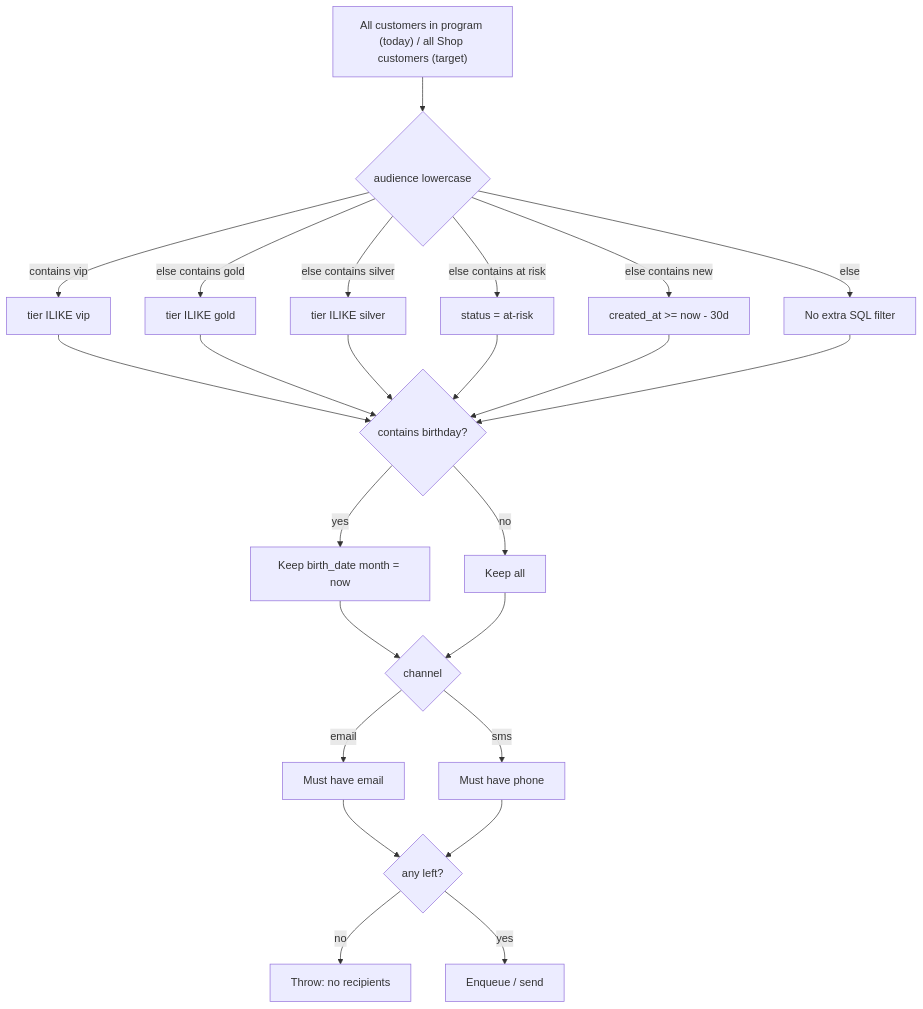
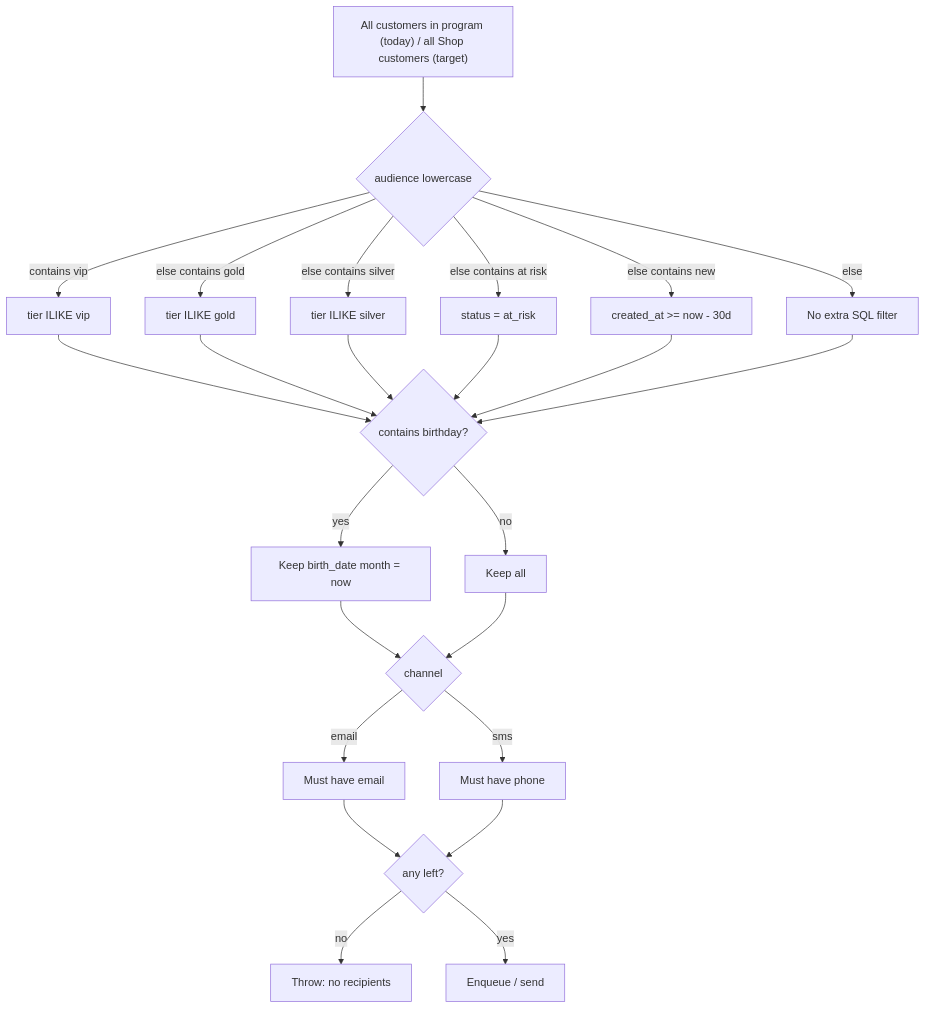
The second of 5 diagrams in docs/frontend/campaigns-page.md (Ali-sherif/loyollo-web), drawn with Mermaid before and after one commit. The commit also changed other lines of this file and 12 other files, not shown here.

````diff
--- a/docs/frontend/campaigns-page.md
+++ b/docs/frontend/campaigns-page.md
@@ -461,26 +461,26 @@
 ```mermaid
 flowchart TD
   A["All customers in program (today) / all Shop customers (target)"] --> B{audience lowercase}
   B -->|contains vip| C["tier ILIKE vip"]
   B -->|else contains gold| D["tier ILIKE gold"]
   B -->|else contains silver| E["tier ILIKE silver"]
-  B -->|else contains at risk| F["status = at-risk"]
+  B -->|else contains at risk| F["status = at_risk"]
   B -->|else contains new| G["created_at >= now - 30d"]
   B -->|else| H[No extra SQL filter]
   C --> I{contains birthday?}
   D --> I
   E --> I
   F --> I
   G --> I
   H --> I
   I -->|yes| J[Keep birth_date month = now]
   I -->|no| K[Keep all]
   J --> L{channel}
   K --> L
   L -->|email| M[Must have email]
   L -->|sms| N[Must have phone]
   M --> O{any left?}
   N --> O
   O -->|no| P[Throw: no recipients]
   O -->|yes| Q[Enqueue / send]
 ```
````
